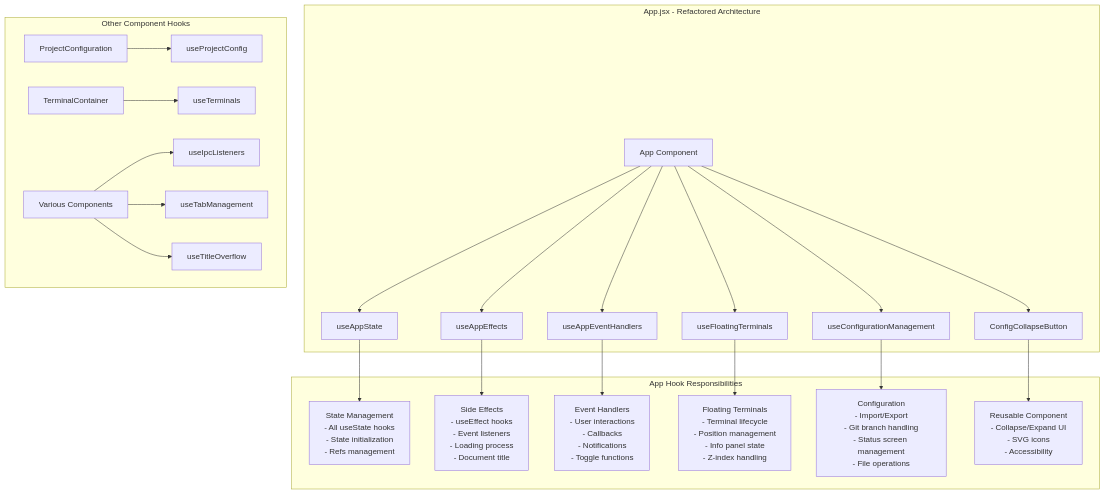
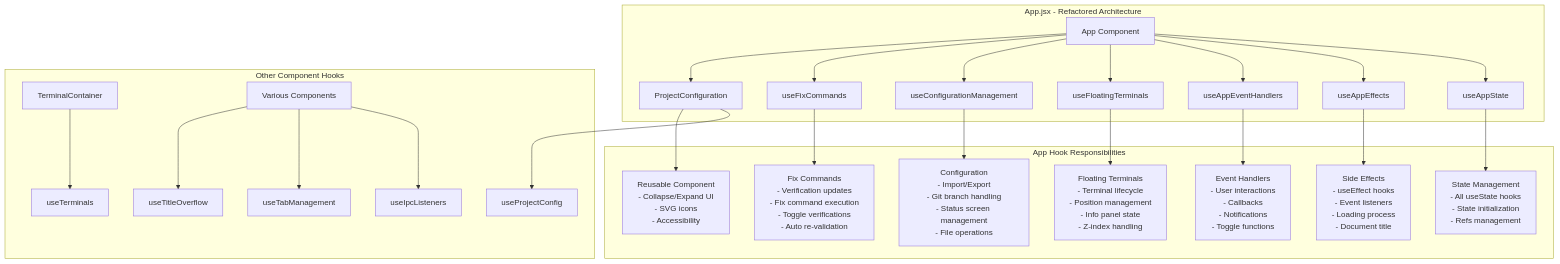
One commit to sagy101/ProjectName-Manager changed the second of 11 diagrams in docs/architecture.md. Above: the diagram before and after it, drawn with Mermaid. The commit also changed other lines of this file and 33 other files, not shown here.

Commit message:
feat: implement automated fix command system with one-click fixes for verification failures, floating terminal support, comprehensive test coverage, and enhanced IPC communication

````diff
--- a/docs/architecture.md
+++ b/docs/architecture.md
@@ -158,28 +158,30 @@
 ```mermaid
 graph TB
     subgraph "App.jsx - Refactored Architecture"
         A[App Component] --> B[useAppState]
         A --> C[useAppEffects]
         A --> D[useAppEventHandlers]
         A --> E[useFloatingTerminals]
         A --> F[useConfigurationManagement]
-        A --> G[ConfigCollapseButton]
+        A --> G[useFixCommands]
+        A --> H[ConfigCollapseButton]
     end
     
     subgraph "Other Component Hooks"
         H[ProjectConfiguration] --> I[useProjectConfig]
         J[TerminalContainer] --> K[useTerminals]
         L[Various Components] --> M[useIpcListeners]
         L --> N[useTabManagement]
         L --> O[useTitleOverflow]
     end
     
     subgraph "App Hook Responsibilities"
         B --> P[State Management<br/>- All useState hooks<br/>- State initialization<br/>- Refs management]
         C --> Q[Side Effects<br/>- useEffect hooks<br/>- Event listeners<br/>- Loading process<br/>- Document title]
         D --> R[Event Handlers<br/>- User interactions<br/>- Callbacks<br/>- Notifications<br/>- Toggle functions]
         E --> S[Floating Terminals<br/>- Terminal lifecycle<br/>- Position management<br/>- Info panel state<br/>- Z-index handling]
         F --> T[Configuration<br/>- Import/Export<br/>- Git branch handling<br/>- Status screen management<br/>- File operations]
-        G --> U[Reusable Component<br/>- Collapse/Expand UI<br/>- SVG icons<br/>- Accessibility]
+        G --> V[Fix Commands<br/>- Verification updates<br/>- Fix command execution<br/>- Toggle verifications<br/>- Auto re-validation]
+        H --> U[Reusable Component<br/>- Collapse/Expand UI<br/>- SVG icons<br/>- Accessibility]
     end
 ```
````
